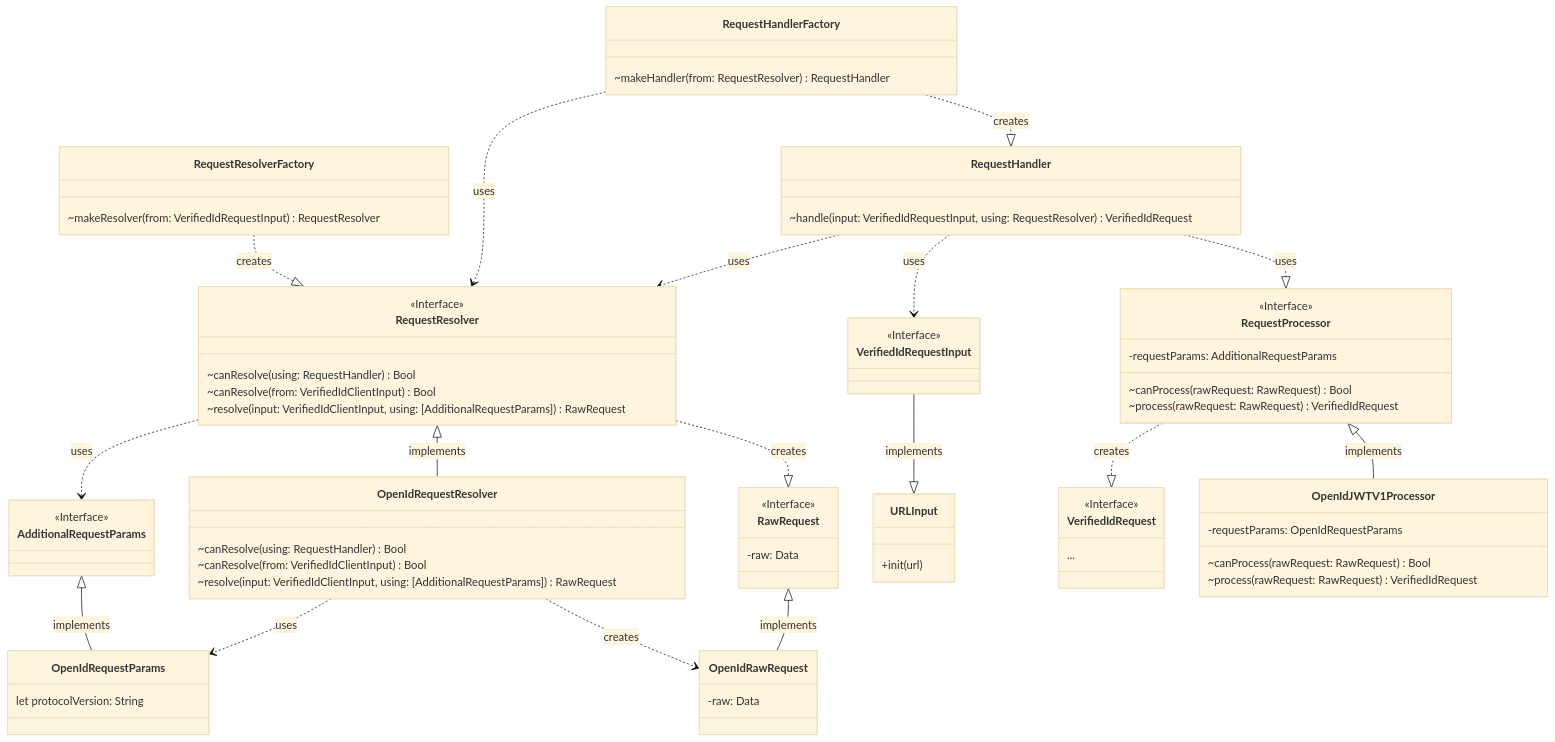
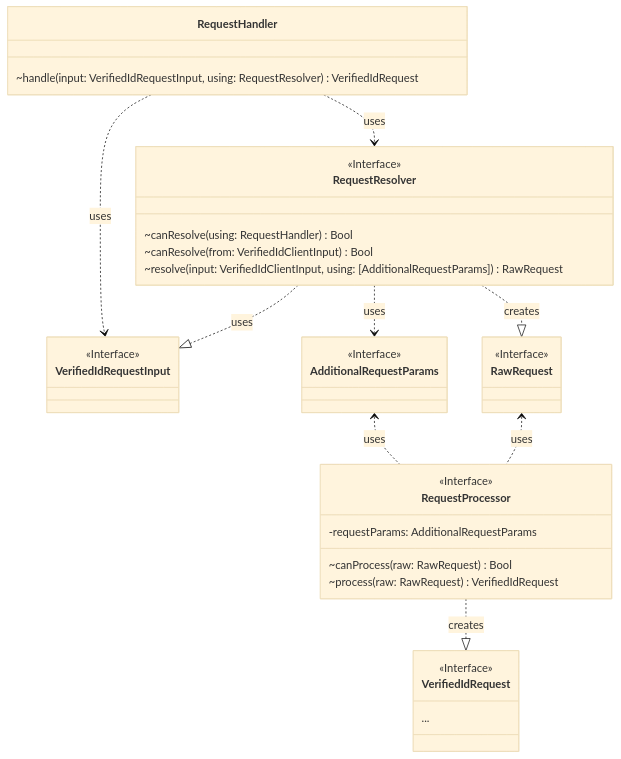
The first of 2 diagrams in Docs/InternalArchitecture.md (microsoft/entra-verifiedid-wallet-library-ios), drawn with Mermaid (base theme) before and after one commit. The commit also changed other lines of this file and 1 other file, not shown here.

````diff
--- a/Docs/InternalArchitecture.md
+++ b/Docs/InternalArchitecture.md
@@ -4,70 +5,33 @@
 ```mermaid
 classDiagram
-RequestResolverFactory ..|> RequestResolver: creates
+RequestHandler ..> VerifiedIdRequestInput: uses
 RequestResolver ..> AdditionalRequestParams: uses
-RequestResolver <|-- OpenIdRequestResolver: implements
 RequestResolver ..|> RawRequest: creates
-OpenIdRequestResolver ..> OpenIdRawRequest: creates
-RawRequest <|-- OpenIdRawRequest: implements
-AdditionalRequestParams <|-- OpenIdRequestParams: implements
-OpenIdRequestResolver ..> OpenIdRequestParams: uses
-RequestHandlerFactory ..|> RequestHandler: creates
-RequestHandlerFactory ..> RequestResolver: uses
+RequestResolver ..|> VerifiedIdRequestInput: uses
 RequestHandler ..> RequestResolver: uses
-RequestHandler ..> VerifiedIdRequestInput: uses
-VerifiedIdRequestInput --|> URLInput: implements
-RequestHandler ..|> RequestProcessor: uses
 RequestProcessor ..|> VerifiedIdRequest: creates
-RequestProcessor <|-- OpenIdJWTV1Processor: implements
-class RequestResolverFactory{
-    ~makeResolver(from: VerifiedIdRequestInput) RequestResolver
-}
+AdditionalRequestParams <.. RequestProcessor: uses
+RawRequest <.. RequestProcessor: uses
 <<Interface>> RequestResolver
 class RequestResolver {
     ~canResolve(using: RequestHandler) Bool
     ~canResolve(from: VerifiedIdClientInput) Bool
     ~resolve(input: VerifiedIdClientInput, using: [AdditionalRequestParams]) RawRequest
 }
-class OpenIdRequestResolver {
-    ~canResolve(using: RequestHandler) Bool
-    ~canResolve(from: VerifiedIdClientInput) Bool
-    ~resolve(input: VerifiedIdClientInput, using: [AdditionalRequestParams]) RawRequest
-
-}
-class RequestHandlerFactory{
-    ~makeHandler(from: RequestResolver) RequestHandler
-}
 class RequestHandler{
     ~handle(input: VerifiedIdRequestInput, using: RequestResolver) VerifiedIdRequest
 }
 <<Interface>> VerifiedIdRequestInput
-class URLInput{
-    +init(url)
-}
 <<Interface>> RequestProcessor
 class RequestProcessor {
     -requestParams: AdditionalRequestParams
-    ~canProcess(rawRequest: RawRequest) Bool
-    ~process(rawRequest: RawRequest) VerifiedIdRequest
-}
-class OpenIdJWTV1Processor {
-    -requestParams: OpenIdRequestParams
-    ~canProcess(rawRequest: RawRequest) Bool
-    ~process(rawRequest: RawRequest) VerifiedIdRequest
-}
-class OpenIdRequestParams {
-    let protocolVersion: String
+    ~canProcess(raw: RawRequest) Bool
+    ~process(raw: RawRequest) VerifiedIdRequest
 }
 <<Interface>> AdditionalRequestParams
 <<Interface>> RawRequest
-class RawRequest {
-    -raw: Data
-}
-class OpenIdRawRequest {
-    -raw: Data
-}
 <<Interface>> VerifiedIdRequest
 class VerifiedIdRequest {
     ...
 }
 ```
````
